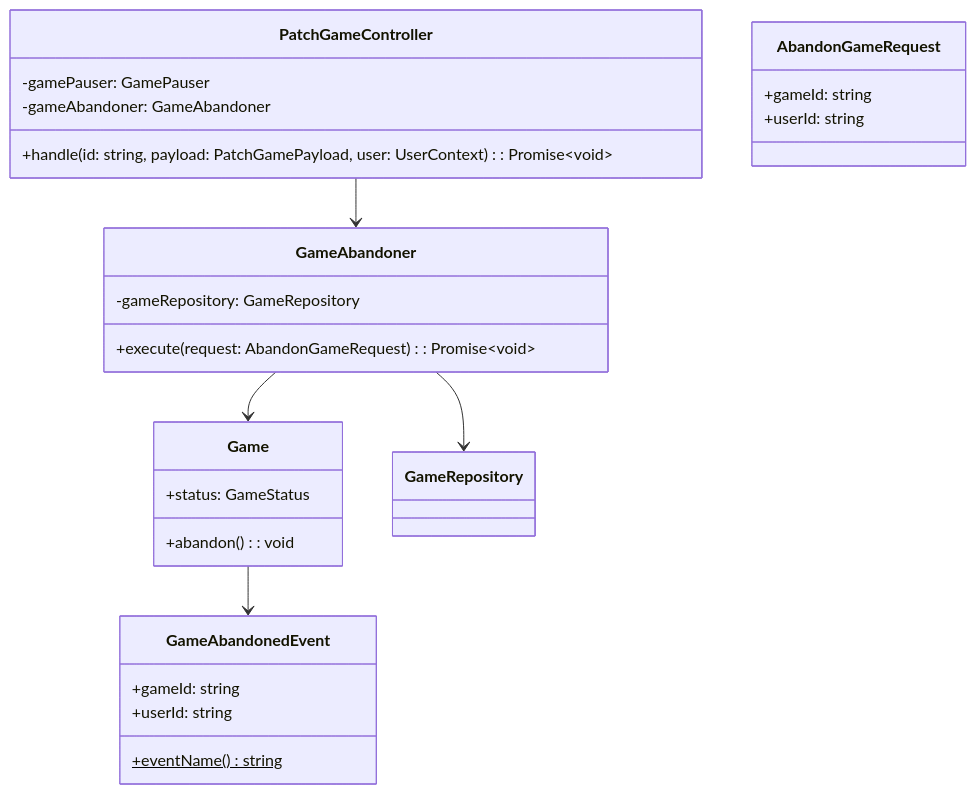
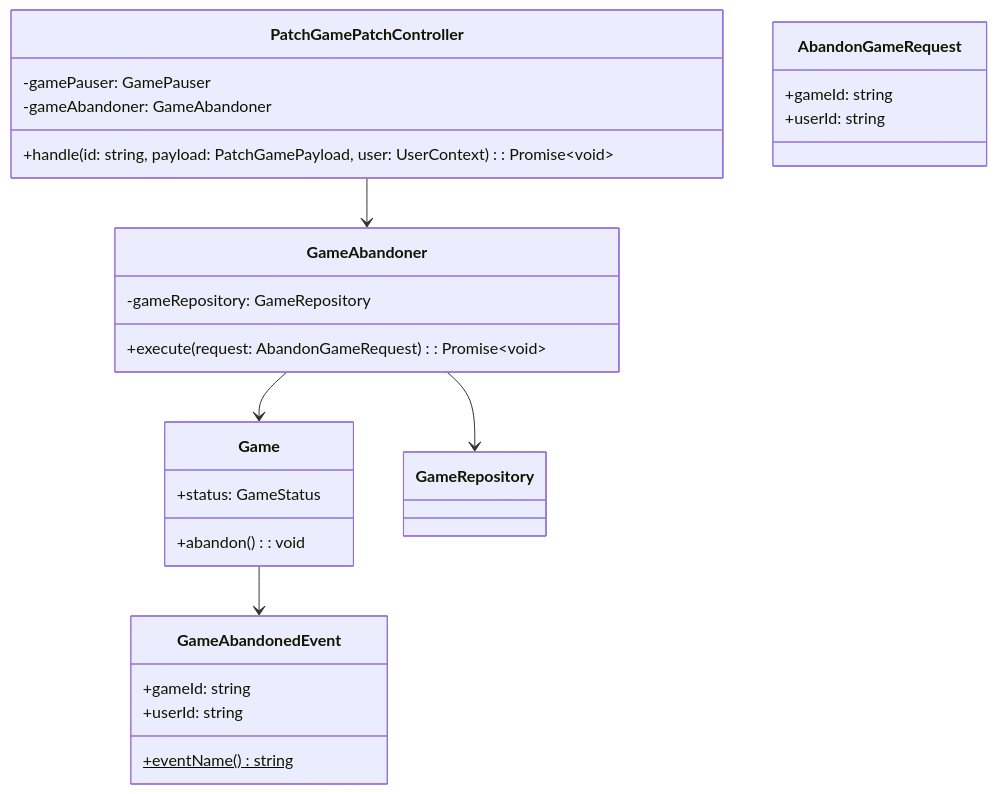
The diagram in docs/apps/api/gaming/abandon/classes.md (AbrahamVilchesDeLaCruz/ididntcatchthat), drawn with Mermaid before and after one commit. The commit also changed 13 other files, not shown here.

````diff
--- a/docs/apps/api/gaming/abandon/classes.md
+++ b/docs/apps/api/gaming/abandon/classes.md
@@ -3,34 +3,34 @@
 ```mermaid
 classDiagram
-    class PatchGameController {
+    class PatchGamePatchController {
         -gamePauser: GamePauser
         -gameAbandoner: GameAbandoner
         +handle(id: string, payload: PatchGamePayload, user: UserContext): Promise~void~
     }
 
     class GameAbandoner {
         -gameRepository: GameRepository
         +execute(request: AbandonGameRequest): Promise~void~
     }
 
     class AbandonGameRequest {
         +gameId: string
         +userId: string
     }
 
     class Game {
         +abandon(): void
         +status: GameStatus
     }
 
     class GameAbandonedEvent {
         +eventName()$ string
         +gameId: string
         +userId: string
     }
 
-    PatchGameController --> GameAbandoner
+    PatchGamePatchController --> GameAbandoner
     GameAbandoner --> GameRepository
     GameAbandoner --> Game
     Game --> GameAbandonedEvent
 ```
````
